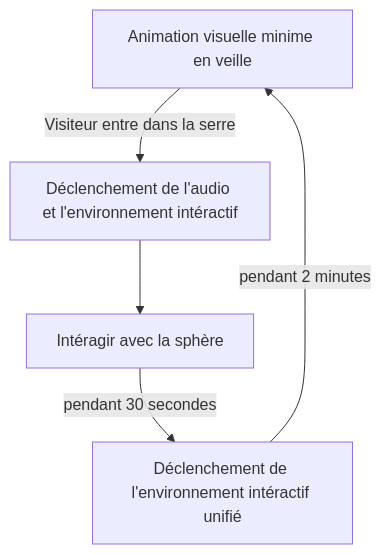
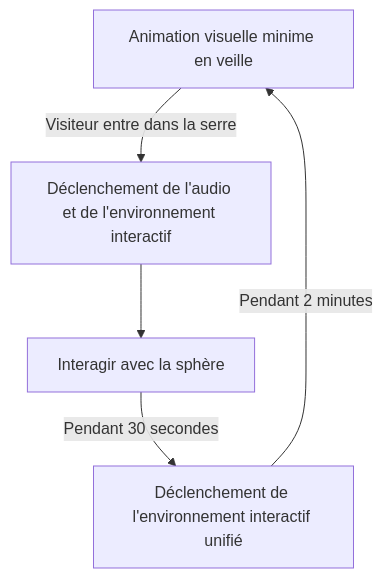
One commit to gllmAR/internature changed the diagram in README.md. Above: the diagram before and after it, drawn with Mermaid. The commit also changed other lines of this file, not shown here.

````diff
--- a/README.md
+++ b/README.md
@@ -10,7 +9,7 @@
 ```mermaid
 flowchart TD
-    A[Animation visuelle minime et volume en pause: état de veille] -->|Visiteur entre dans la serre| B[Déclenchement de l'audio et l'environnement intéractif]
-    B --> C[Intéragir avec la sphère]
-    C -->|pendant 30 secondes| D[Déclenchement de l'environnement intéractif unifié] 
-    D --> |pendant 2 minutes| A[Animation visuelle minime en veille]
+    A[Animation visuelle minime et volume en pause : état de veille] -->|Visiteur entre dans la serre| B[Déclenchement de l'audio et de l'environnement interactif]
+    B --> C[Interagir avec la sphère]
+    C -->|Pendant 30 secondes| D[Déclenchement de l'environnement interactif unifié] 
+    D --> |Pendant 2 minutes| A[Animation visuelle minime en veille]
 ```
````
